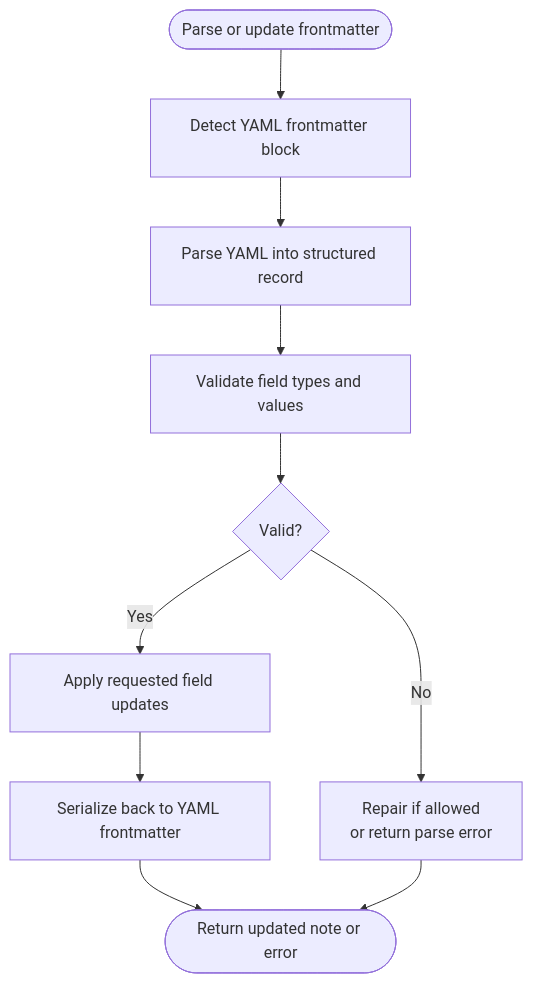
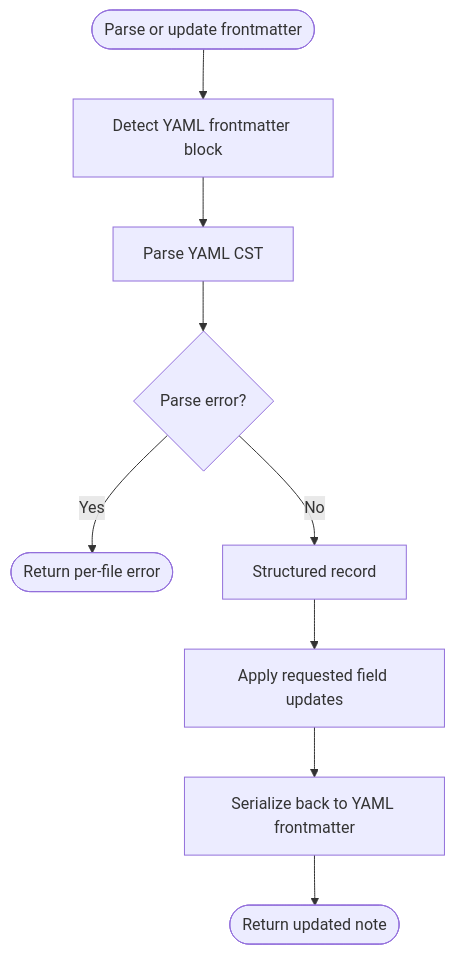
The third of 8 diagrams in Storage System/Storage System.md (Kuldeep2822k/palee-architecture), drawn with Mermaid before and after one commit. The commit also changed other lines of this file and 6 other files, not shown here.

````diff
--- a/Storage System/Storage System.md
+++ b/Storage System/Storage System.md
@@ -173,12 +169,11 @@
 ```mermaid
 flowchart TD
   Start(["Parse or update frontmatter"]) --> Detect["Detect YAML frontmatter block"]
-  Detect --> Parse["Parse YAML into structured record"]
-  Parse --> Validate["Validate field types and values"]
-  Validate --> Valid{"Valid?"}
-  Valid -->|No| RepairOrFail["Repair if allowed<br/>or return parse error"]
-  Valid -->|Yes| ApplyChanges["Apply requested field updates"]
+  Detect --> Parse["Parse YAML CST"]
+  Parse --> ParseError{"Parse error?"}
+  ParseError -->|Yes| ReturnError(["Return per-file error"])
+  ParseError -->|No| Record["Structured record"]
+  Record --> ApplyChanges["Apply requested field updates"]
   ApplyChanges --> Serialize["Serialize back to YAML frontmatter"]
-  Serialize --> Return(["Return updated note or error"])
-  RepairOrFail --> Return
+  Serialize --> Return(["Return updated note"])
 ```
````
